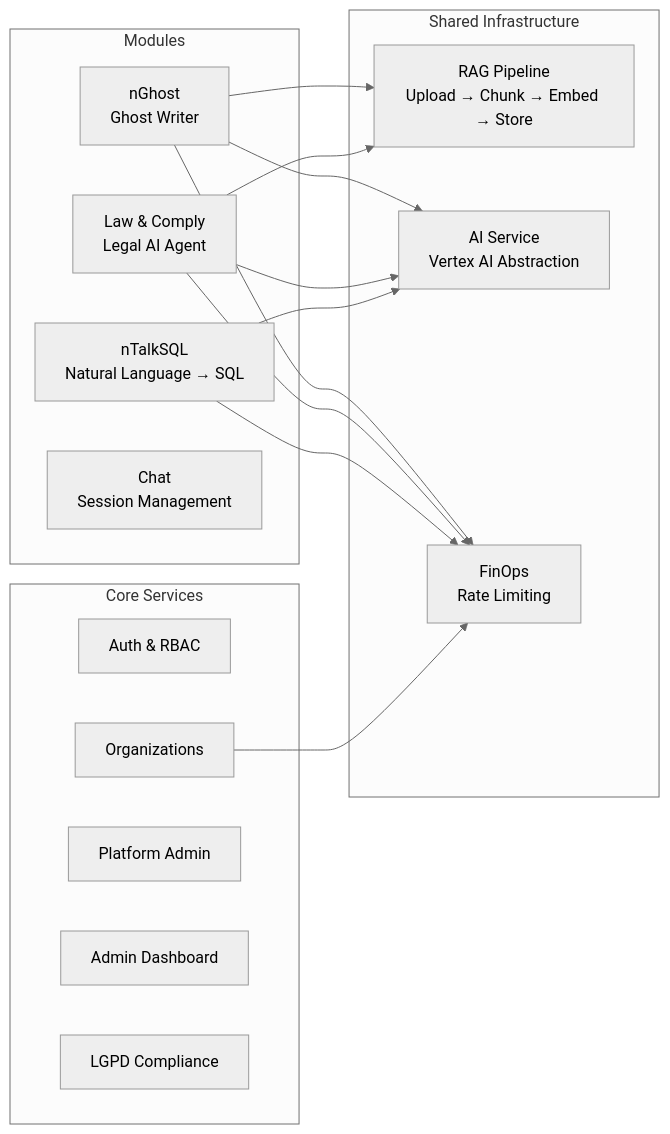
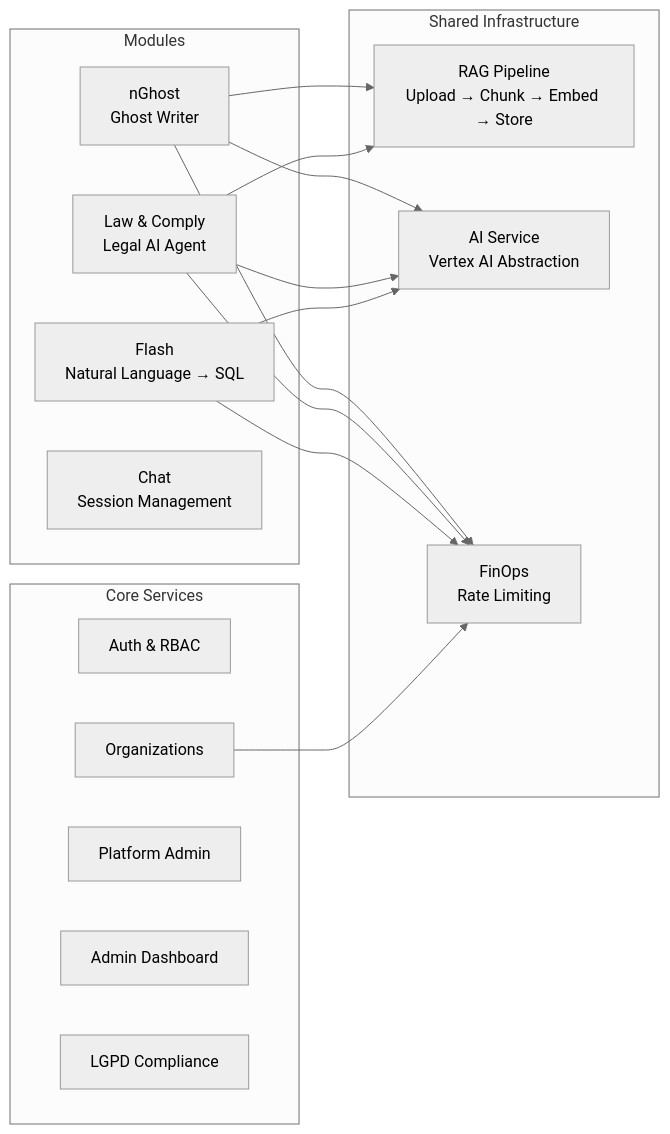
Before and after one commit to resper1965/Gabi: the second of 5 diagrams in docs/guides/architecture.md, drawn with Mermaid (neutral theme). The commit also changed other lines of this file and 2 other files, not shown here.

First line of the commit message:
docs: update architecture, developer guide, SSDLC program

````diff
--- a/docs/guides/architecture.md
+++ b/docs/guides/architecture.md
@@ -58,33 +58,33 @@
 ```mermaid
 graph LR
     subgraph "Modules"
         GHOST["nGhost<br/>Ghost Writer"]
         LAW["Law & Comply<br/>Legal AI Agent"]
-        NTALK["nTalkSQL<br/>Natural Language → SQL"]
+        FLASH["Flash<br/>Natural Language → SQL"]
         CHAT["Chat<br/>Session Management"]
     end
 
     subgraph "Core Services"
         AUTH["Auth & RBAC"]
         ORG["Organizations"]
         PLATFORM["Platform Admin"]
         ADMIN["Admin Dashboard"]
         LGPD["LGPD Compliance"]
     end
 
     subgraph "Shared Infrastructure"
         RAG["RAG Pipeline<br/>Upload → Chunk → Embed → Store"]
         AI["AI Service<br/>Vertex AI Abstraction"]
         LIMITS["FinOps<br/>Rate Limiting"]
     end
 
     GHOST --> RAG
     GHOST --> AI
     LAW --> RAG
     LAW --> AI
-    NTALK --> AI
+    FLASH --> AI
     GHOST --> LIMITS
     LAW --> LIMITS
-    NTALK --> LIMITS
+    FLASH --> LIMITS
     ORG --> LIMITS
 ```
````
